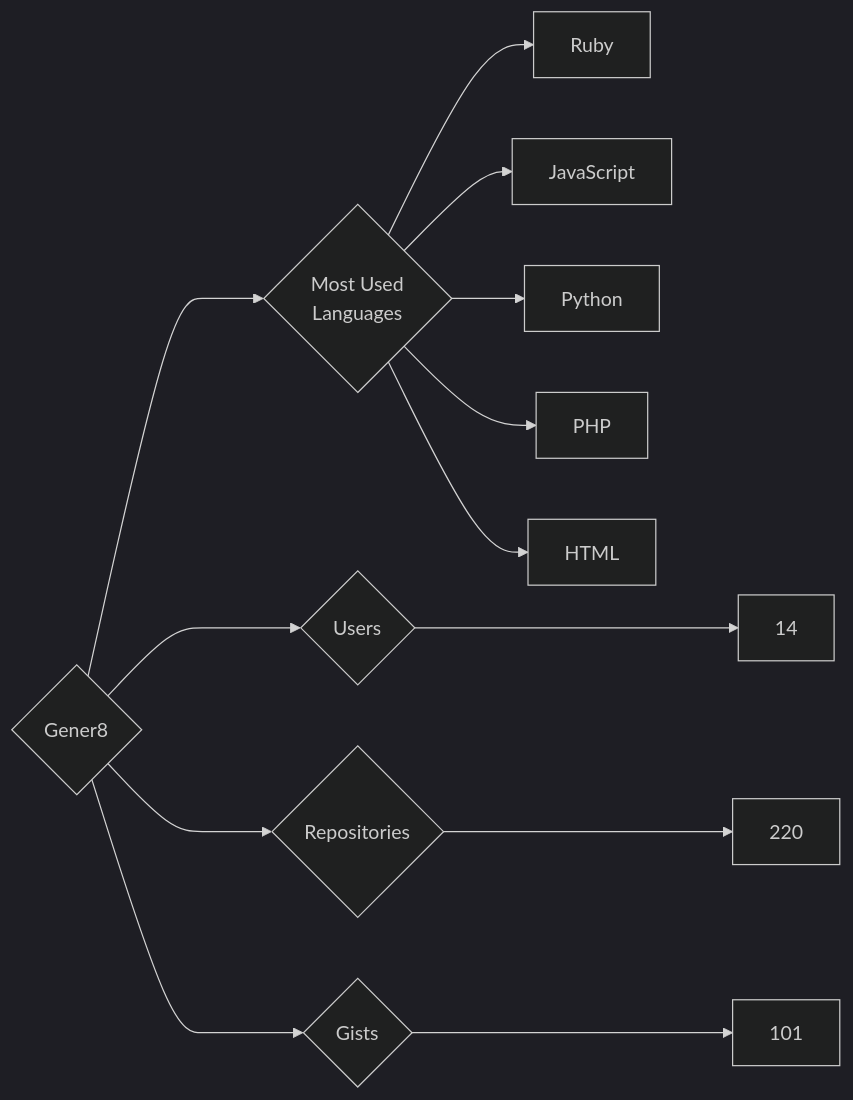
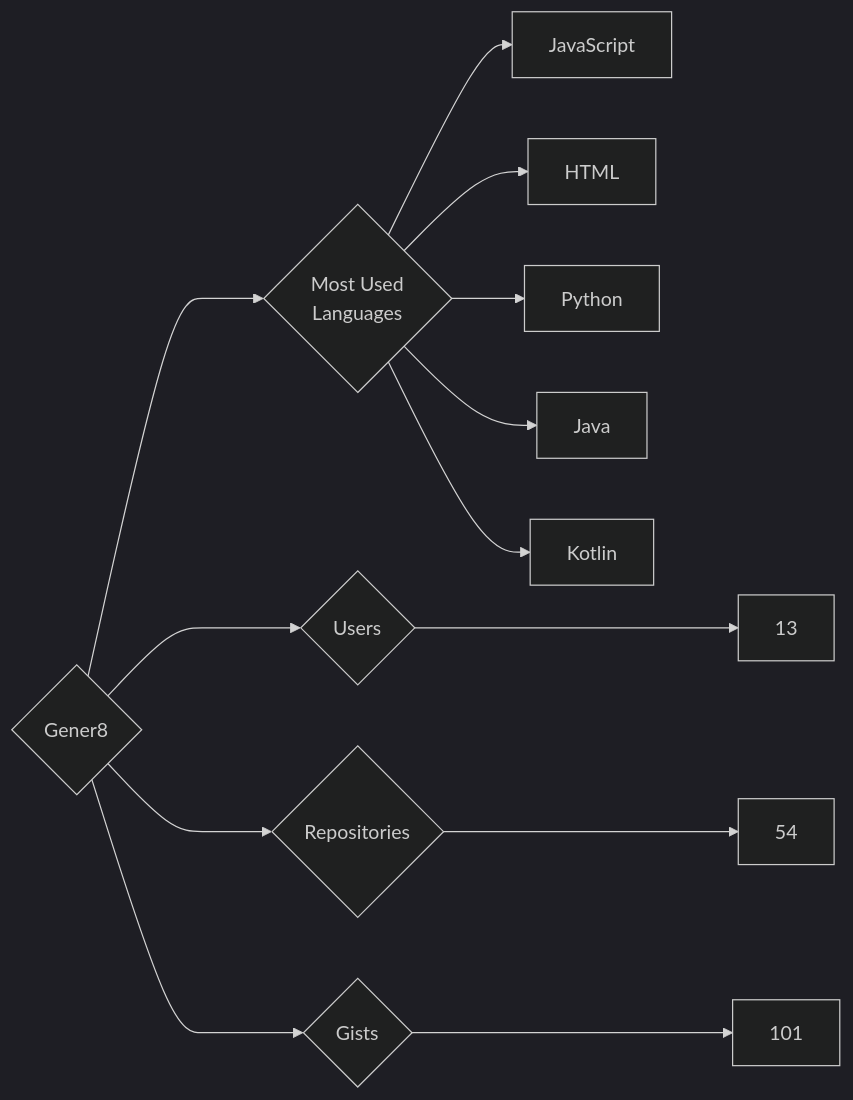
One commit to trickest/insiders changed the diagram in targets/Gener8/README.md. Above: the diagram before and after it, drawn with Mermaid (dark theme). The commit also changed 870 other files, not shown here.

````diff
--- a/targets/Gener8/README.md
+++ b/targets/Gener8/README.md
@@ -3,13 +3,13 @@
 ```mermaid
 graph LR
 COMPANY_NAME{Gener8}
-COMPANY_NAME ---> U{Users} ---> UN[14]
-COMPANY_NAME ---> R{Repositories} ---> RN[220]
+COMPANY_NAME ---> U{Users} ---> UN[13]
+COMPANY_NAME ---> R{Repositories} ---> RN[54]
 COMPANY_NAME ---> G{Gists} ---> GN[101]
 COMPANY_NAME ---> ML{Most Used<br>Languages}
-ML --> Ruby[Ruby]
 ML --> JavaScript[JavaScript]
+ML --> HTML[HTML]
 ML --> Python[Python]
-ML --> PHP[PHP]
-ML --> HTML[HTML]
+ML --> Java[Java]
+ML --> Kotlin[Kotlin]
 ```
````
